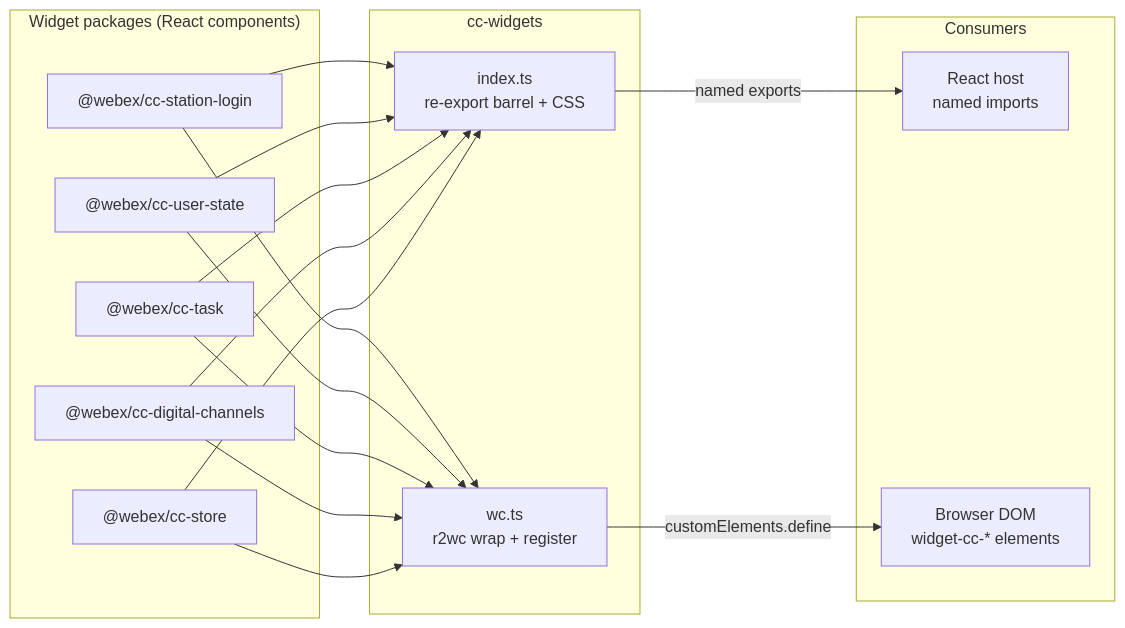
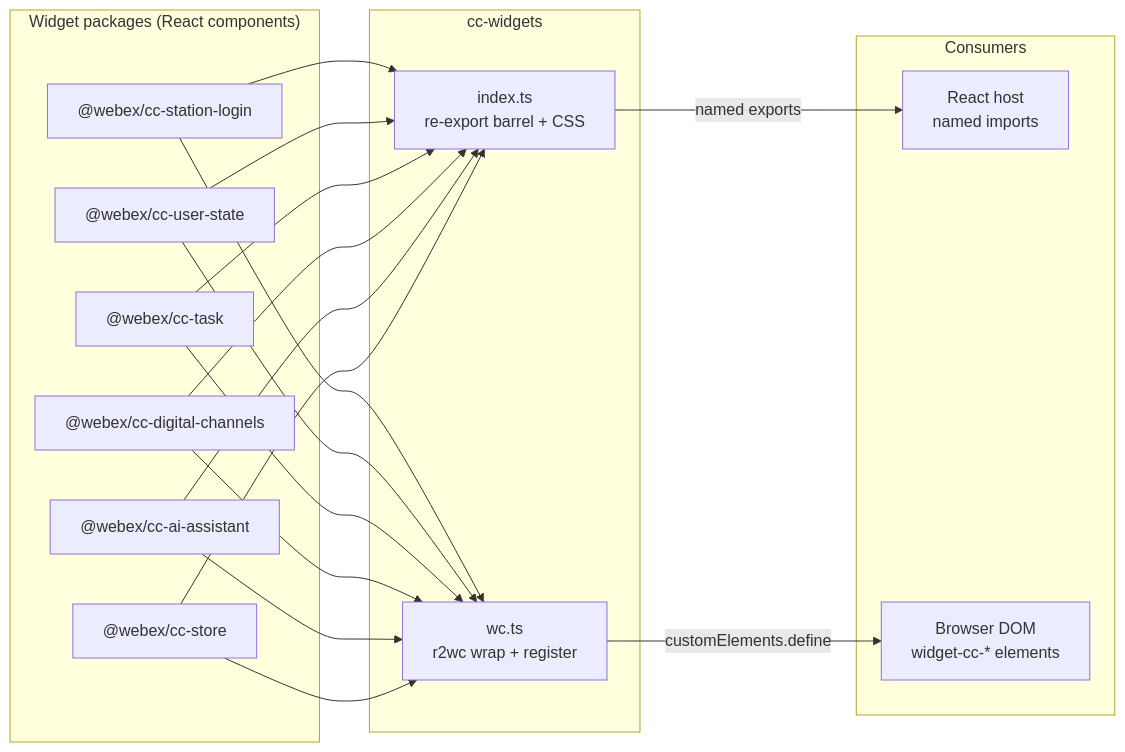
Before and after one commit to webex/widgets: the first of 3 diagrams in packages/contact-center/cc-widgets/ai-docs/cc-widgets-spec.md, drawn with Mermaid. The commit also changed other lines of this file and 77 other files, not shown here.

````diff
--- a/packages/contact-center/cc-widgets/ai-docs/cc-widgets-spec.md
+++ b/packages/contact-center/cc-widgets/ai-docs/cc-widgets-spec.md
@@ -146,35 +148,38 @@
 ```mermaid
 graph LR
     subgraph WidgetPkgs["Widget packages (React components)"]
         SL["@webex/cc-station-login"]
         US["@webex/cc-user-state"]
         TASK["@webex/cc-task"]
         DC["@webex/cc-digital-channels"]
+        AI["@webex/cc-ai-assistant"]
         STORE["@webex/cc-store"]
     end
 
     subgraph CCW["cc-widgets"]
         IDX["index.ts<br/>re-export barrel + CSS"]
         WC["wc.ts<br/>r2wc wrap + register"]
     end
 
     subgraph Consumers["Consumers"]
         REACT["React host<br/>named imports"]
         DOM["Browser DOM<br/>widget-cc-* elements"]
     end
 
     SL --> IDX
     US --> IDX
     TASK --> IDX
     DC --> IDX
+    AI --> IDX
     STORE --> IDX
 
     SL --> WC
     US --> WC
     TASK --> WC
     DC --> WC
+    AI --> WC
     STORE --> WC
 
     IDX -->|named exports| REACT
     WC -->|customElements.define| DOM
 ```
````
